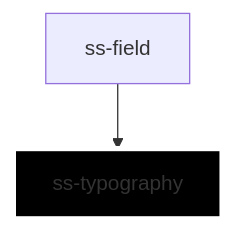
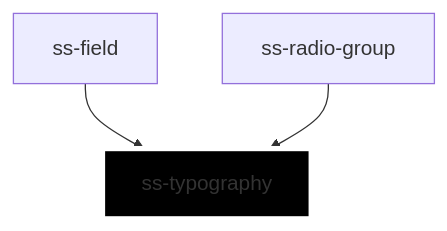
One commit to slice-soft/ss-stencil-web-components-lib changed the diagram in src/components/atoms/ss-typography/readme.md. Above: the diagram before and after it, drawn with Mermaid. The commit also changed other lines of this file and 10 other files, not shown here.

````diff
--- a/src/components/atoms/ss-typography/readme.md
+++ b/src/components/atoms/ss-typography/readme.md
@@ -41,5 +42,6 @@
 ```mermaid
 graph TD;
   ss-field --> ss-typography
+  ss-radio-group --> ss-typography
   style ss-typography fill:#000,stroke:#fff,stroke-width:4px
 ```
````
